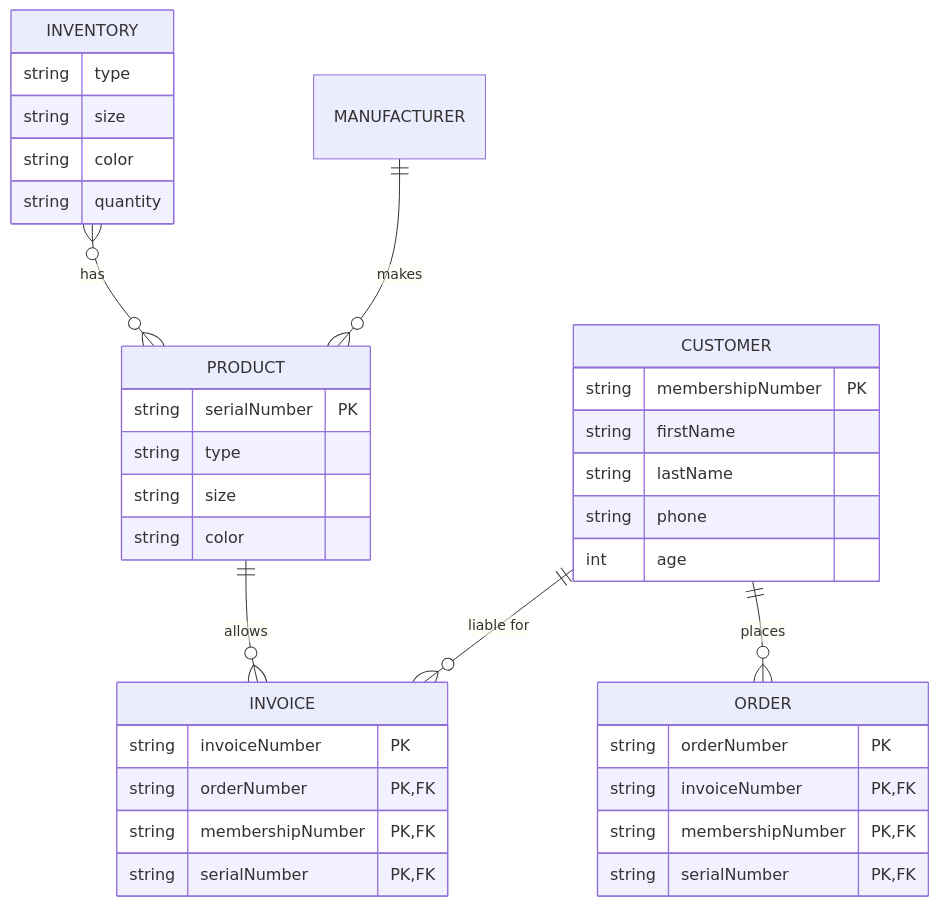
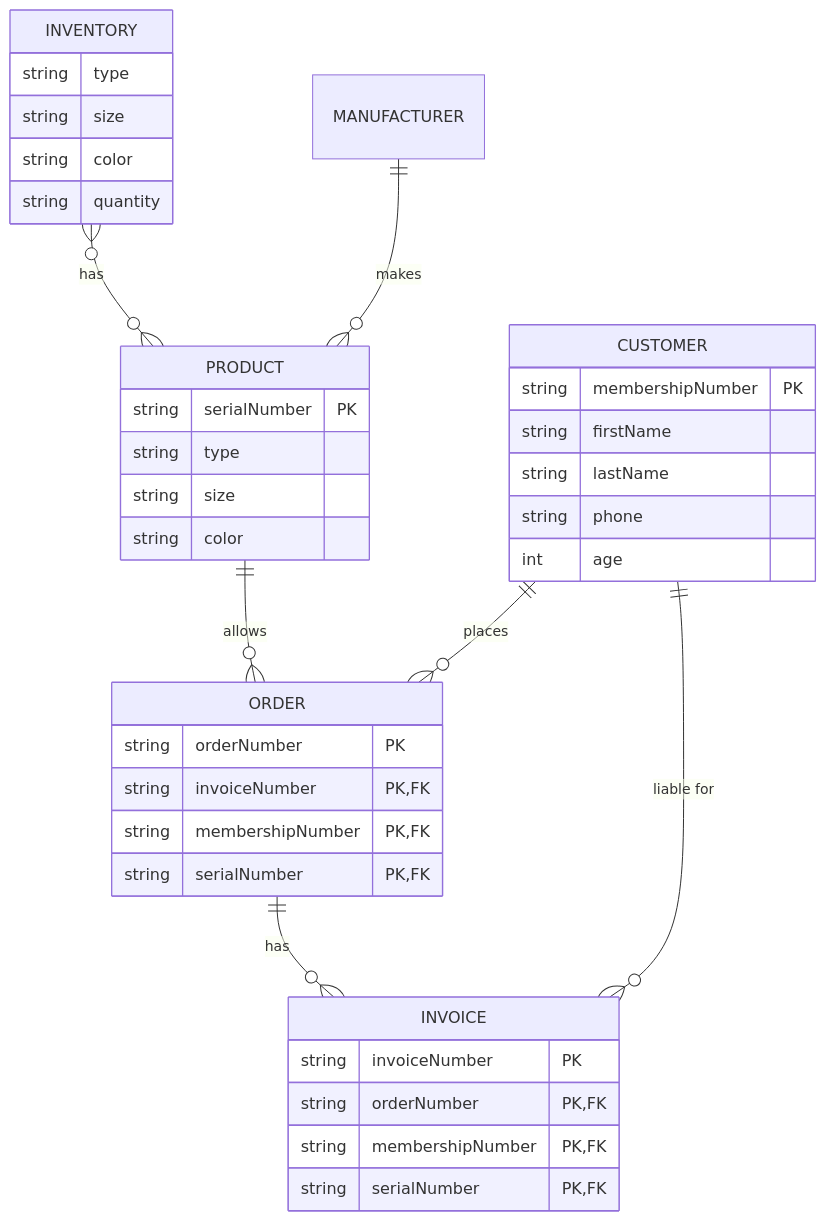
One commit to mealvarez-my-waketech-edu/NikeStore_ERD.md changed the diagram in README.md. Above: the diagram before and after it, drawn with Mermaid.

````diff
--- a/README.md
+++ b/README.md
@@ -3,39 +3,40 @@
 ```mermaid
 erDiagram
-    PRODUCT ||--o{ INVOICE : allows
+    PRODUCT ||--o{ ORDER : allows
     PRODUCT {
         string serialNumber PK
         string type
         string size
         string color
     }
     INVENTORY }o--o{ PRODUCT : has
     INVENTORY {
         string type
         string size
         string color
         string quantity
     }
     CUSTOMER ||--o{ ORDER : places
     CUSTOMER ||--o{ INVOICE : "liable for"
     CUSTOMER {
         string membershipNumber PK
         string firstName
         string lastName
         string phone
         int age
     }
+    ORDER ||--o{ INVOICE : has
     ORDER {
         string orderNumber PK
         string invoiceNumber PK, FK
         string membershipNumber PK, FK
         string serialNumber PK, FK
     }
     INVOICE {
         string invoiceNumber PK
         string orderNumber PK, FK
         string membershipNumber PK, FK
         string serialNumber PK, FK
     }
     MANUFACTURER only one to zero or more PRODUCT : makes
 ```
````
